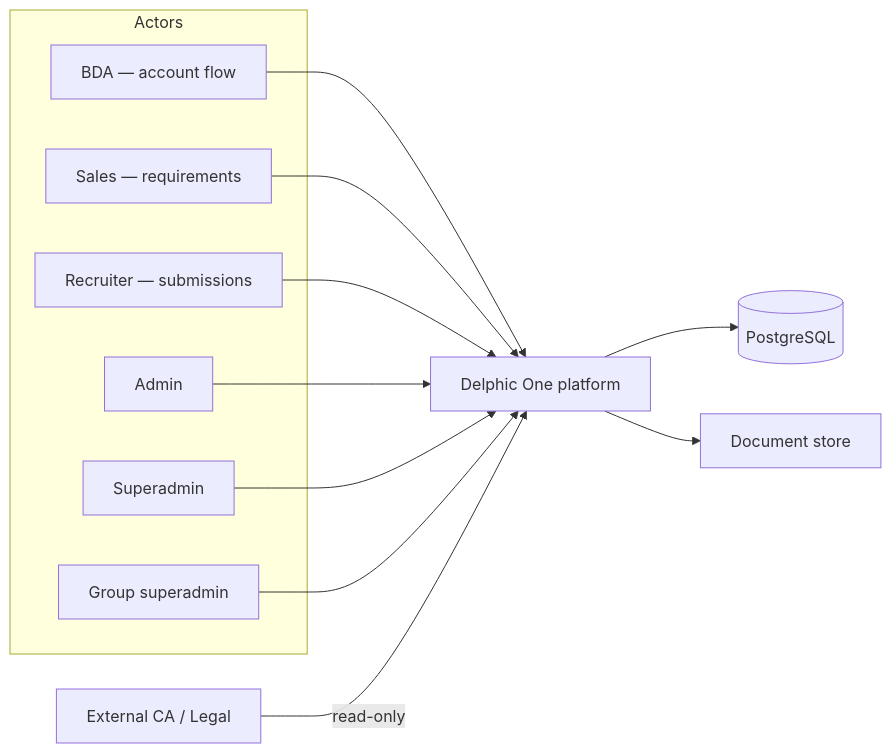
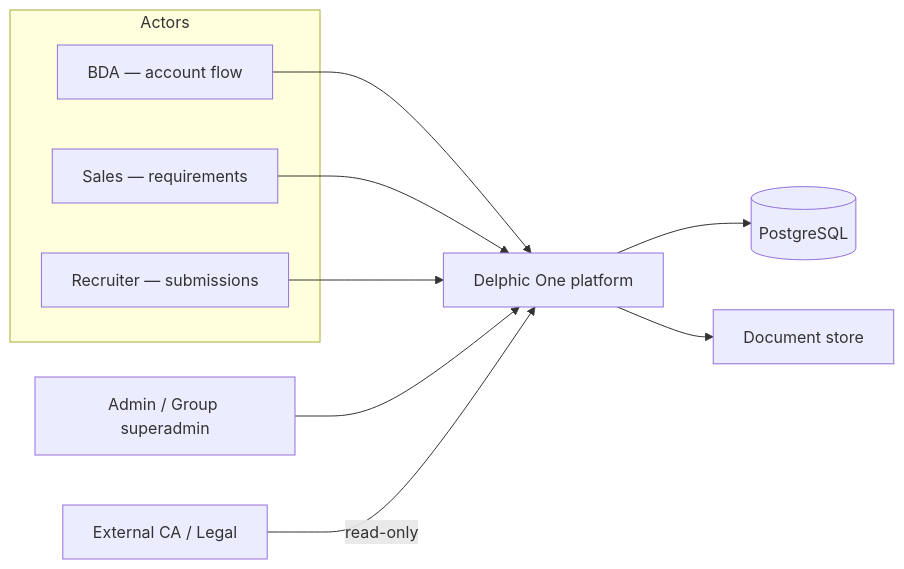
The first of 12 diagrams in docs/architecture/ARCHITECTURE-OVERVIEW.md (radheshDelphic12/delphic-one-new), drawn with Mermaid before and after one commit. The commit also changed 1 other file, not shown here.

Commit message:
docs: merge Admin and Group superadmin in context diagram

````diff
--- a/docs/architecture/ARCHITECTURE-OVERVIEW.md
+++ b/docs/architecture/ARCHITECTURE-OVERVIEW.md
@@ -47,25 +47,21 @@
 ```mermaid
 flowchart LR
   subgraph Actors
     BDA[BDA — account flow]
     Sales[Sales — requirements]
     Rec[Recruiter — submissions]
-    Admin[Admin]
-    Super[Superadmin]
-    GSA[Group superadmin]
   end
 
+  Admin[Admin / Group superadmin]
   Ext[External CA / Legal]
   RMD[Delphic One platform]
 
   BDA --> RMD
   Sales --> RMD
   Rec --> RMD
   Admin --> RMD
-  Super --> RMD
-  GSA --> RMD
   Ext -->|read-only| RMD
 
   RMD --> PG[(PostgreSQL)]
   RMD --> Files[Document store]
 ```
````
